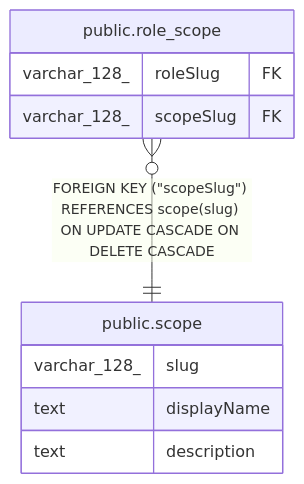
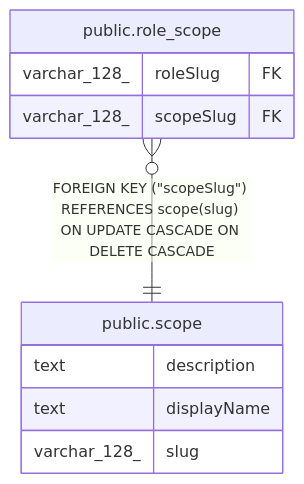
Before and after one commit to mayankjain1815-commits/n8n: the diagram in docs/generated/postgres-schema/public.scope.md, drawn with Mermaid. The commit also changed other lines of this file and 221 other files, not shown here.

Commit message:
chore(core): Make DB schema docs generation deterministic (#32373)

````diff
--- a/docs/generated/postgres-schema/public.scope.md
+++ b/docs/generated/postgres-schema/public.scope.md
@@ -26,15 +26,15 @@
 ```mermaid
 erDiagram
 
 "public.role_scope" }o--|| "public.scope" : "FOREIGN KEY (#quot;scopeSlug#quot;) REFERENCES scope(slug) ON UPDATE CASCADE ON DELETE CASCADE"
 
 "public.scope" {
+  text description
+  text displayName
   varchar_128_ slug
-  text displayName
-  text description
 }
 "public.role_scope" {
   varchar_128_ roleSlug FK
   varchar_128_ scopeSlug FK
 }
 ```
````
